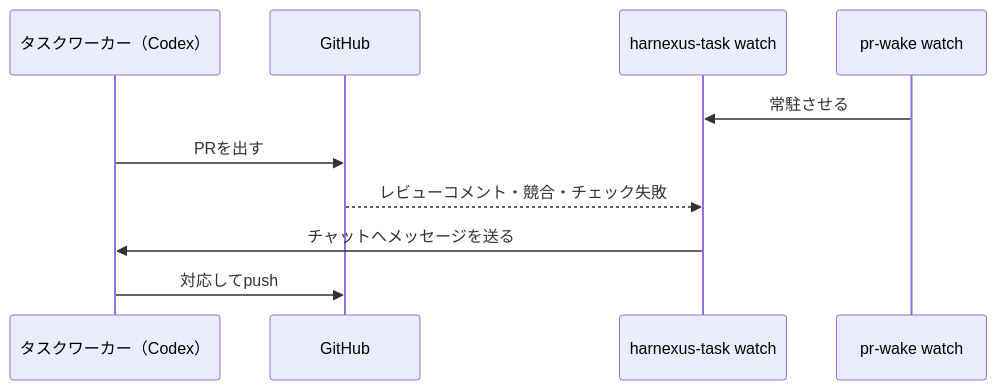
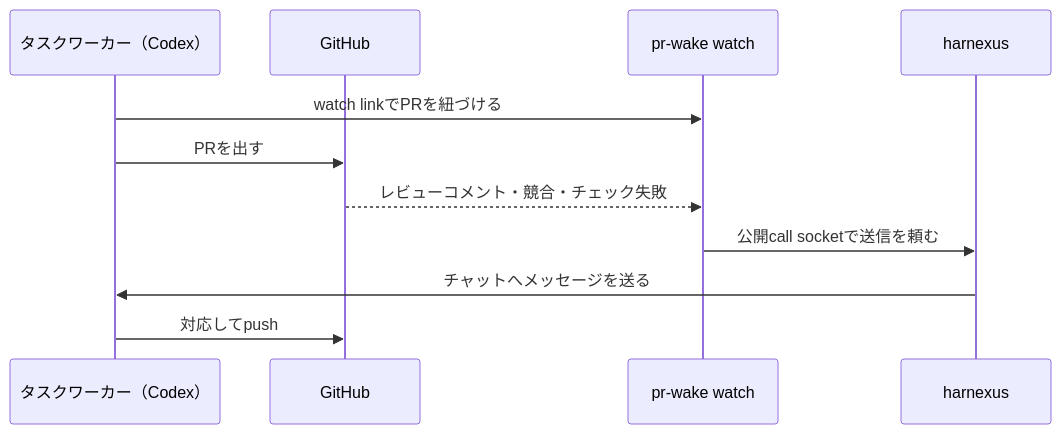
The first of 2 diagrams in README.md (riii111/pr-wake), drawn with Mermaid before and after one commit. The commit also changed other lines of this file and 4 other files, not shown here.

````diff
--- a/README.md
+++ b/README.md
@@ -16,12 +20,13 @@
 ```mermaid
 sequenceDiagram
   participant W as タスクワーカー（Codex）
   participant G as GitHub
-  participant H as harnexus-task watch
   participant P as pr-wake watch
-  P->>H: 常駐させる
+  participant H as harnexus
+  W->>P: watch linkでPRを紐づける
   W->>G: PRを出す
-  G-->>H: レビューコメント・競合・チェック失敗
+  G-->>P: レビューコメント・競合・チェック失敗
+  P->>H: 公開call socketで送信を頼む
   H->>W: チャットへメッセージを送る
   W->>G: 対応してpush
 ```
````
